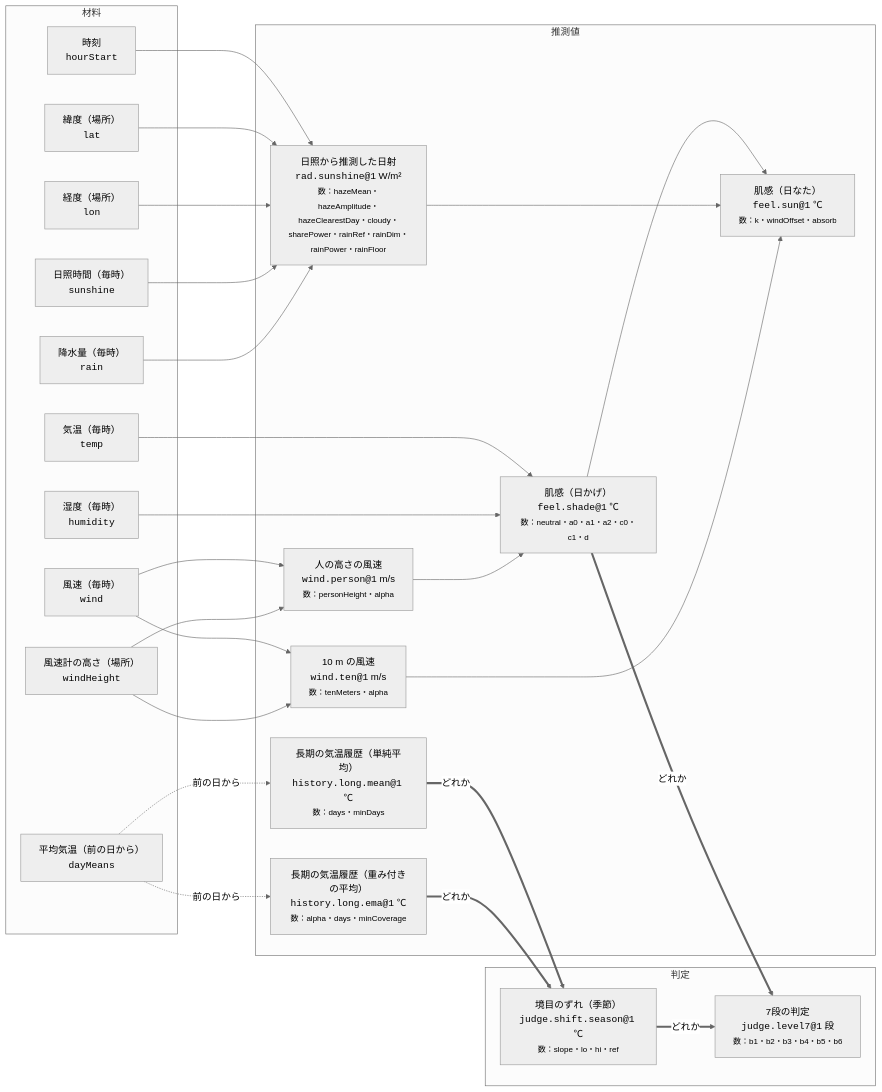
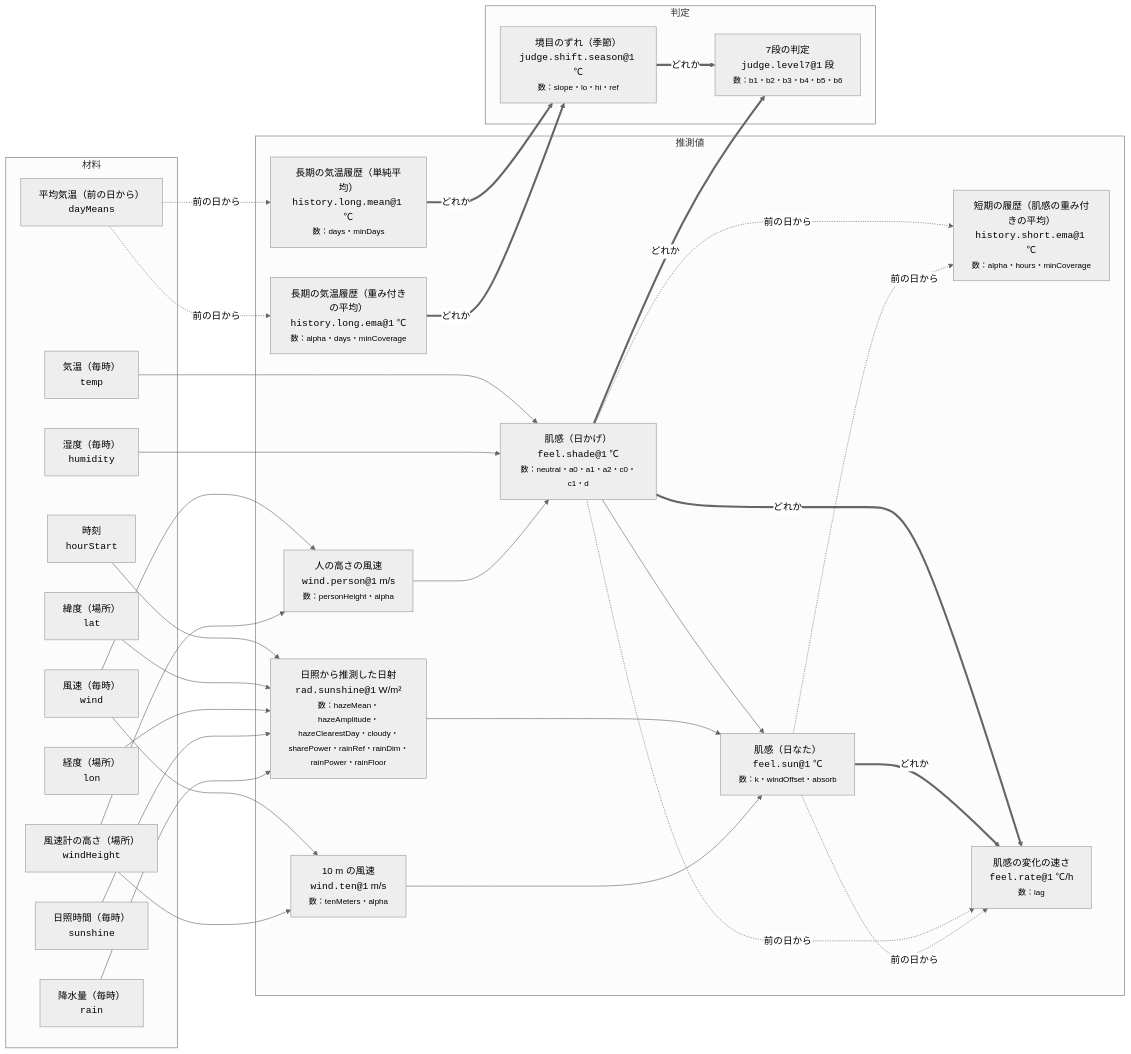
One commit to Watanabe-Masao/weather-note-cf changed the first of 2 diagrams in docs/core-map.md. Above: the diagram before and after it, drawn with Mermaid (neutral theme). The commit also changed other lines of this file and 13 other files, not shown here.

````diff
--- a/docs/core-map.md
+++ b/docs/core-map.md
@@ -9,49 +9,57 @@
 ```mermaid
 flowchart LR
   subgraph 材料
     temp["気温（毎時）<br><code>temp</code>"]
     humidity["湿度（毎時）<br><code>humidity</code>"]
     wind["風速（毎時）<br><code>wind</code>"]
     rain["降水量（毎時）<br><code>rain</code>"]
     sunshine["日照時間（毎時）<br><code>sunshine</code>"]
     windHeight["風速計の高さ（場所）<br><code>windHeight</code>"]
     lat["緯度（場所）<br><code>lat</code>"]
     lon["経度（場所）<br><code>lon</code>"]
     hourStart["時刻<br><code>hourStart</code>"]
     dayMeans["平均気温（前の日から）<br><code>dayMeans</code>"]
   end
   subgraph 推測値
     windPerson["人の高さの風速<br><code>wind.person@1</code> m/s<br><small>数：personHeight・alpha</small>"]
     feelShade["肌感（日かげ）<br><code>feel.shade@1</code> ℃<br><small>数：neutral・a0・a1・a2・c0・c1・d</small>"]
     radSunshine["日照から推測した日射<br><code>rad.sunshine@1</code> W/m²<br><small>数：hazeMean・hazeAmplitude・hazeClearestDay・cloudy・sharePower・rainRef・rainDim・rainPower・rainFloor</small>"]
     windTen["10 m の風速<br><code>wind.ten@1</code> m/s<br><small>数：tenMeters・alpha</small>"]
     feelSun["肌感（日なた）<br><code>feel.sun@1</code> ℃<br><small>数：k・windOffset・absorb</small>"]
     historyMean["長期の気温履歴（単純平均）<br><code>history.long.mean@1</code> ℃<br><small>数：days・minDays</small>"]
     historyEma["長期の気温履歴（重み付きの平均）<br><code>history.long.ema@1</code> ℃<br><small>数：alpha・days・minCoverage</small>"]
+    historyShort["短期の履歴（肌感の重み付きの平均）<br><code>history.short.ema@1</code> ℃<br><small>数：alpha・hours・minCoverage</small>"]
+    feelRate["肌感の変化の速さ<br><code>feel.rate@1</code> ℃/h<br><small>数：lag</small>"]
   end
   subgraph 判定
     seasonShift["境目のずれ（季節）<br><code>judge.shift.season@1</code> ℃<br><small>数：slope・lo・hi・ref</small>"]
     level7["7段の判定<br><code>judge.level7@1</code> 段<br><small>数：b1・b2・b3・b4・b5・b6</small>"]
   end
   wind --> windPerson
   windHeight --> windPerson
   temp --> feelShade
   humidity --> feelShade
   windPerson --> feelShade
   hourStart --> radSunshine
   lat --> radSunshine
   lon --> radSunshine
   sunshine --> radSunshine
   rain --> radSunshine
   wind --> windTen
   windHeight --> windTen
   feelShade --> feelSun
   radSunshine --> feelSun
   windTen --> feelSun
   dayMeans -. 前の日から .-> historyMean
   dayMeans -. 前の日から .-> historyEma
+  feelShade -. 前の日から .-> historyShort
+  feelSun -. 前の日から .-> historyShort
+  feelShade == どれか ==> feelRate
+  feelSun == どれか ==> feelRate
+  feelShade -. 前の日から .-> feelRate
+  feelSun -. 前の日から .-> feelRate
   historyMean == どれか ==> seasonShift
   historyEma == どれか ==> seasonShift
   feelShade == どれか ==> level7
   seasonShift == どれか ==> level7
 ```
````
